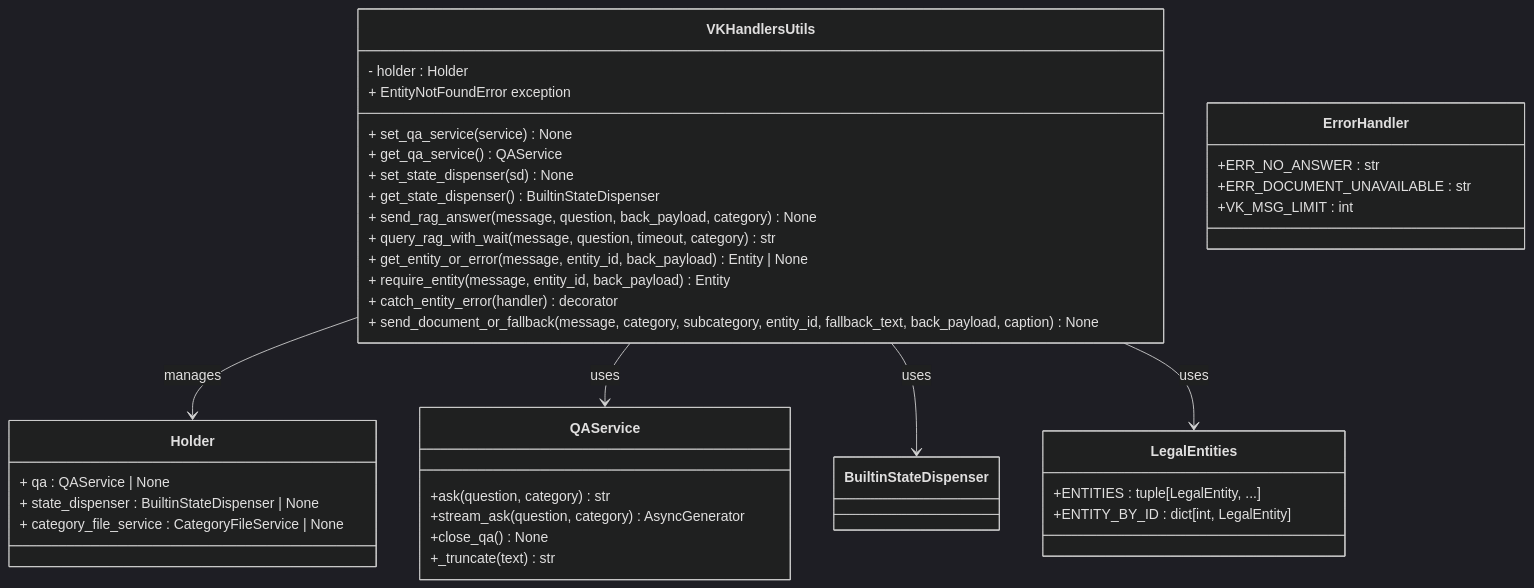
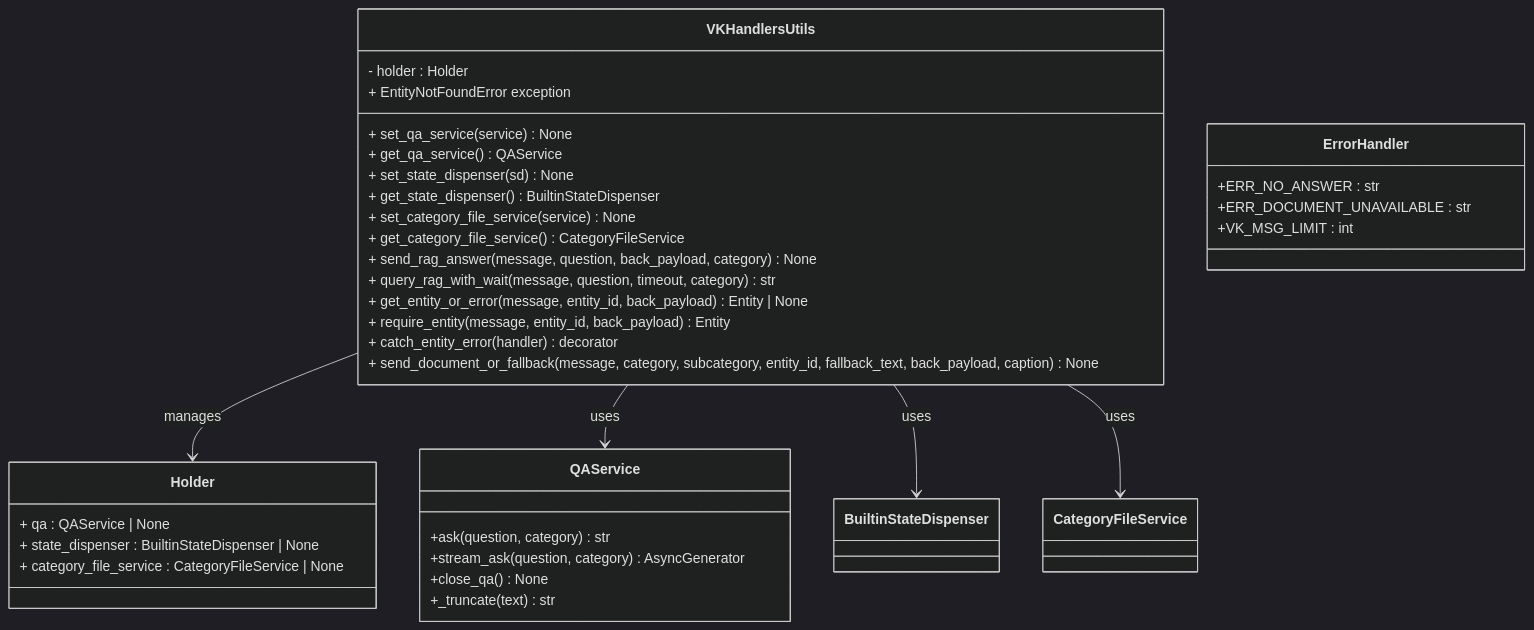
One commit to ognelis/cafetera_hr_bot changed the fourth of 29 diagrams in .qoder/repowiki/en/content/VK Integration/VK Integration.md. Above: the diagram before and after it, drawn with Mermaid (dark theme). The commit also changed other lines of this file and 139 other files, not shown here.

````diff
--- a/.qoder/repowiki/en/content/VK Integration/VK Integration.md
+++ b/.qoder/repowiki/en/content/VK Integration/VK Integration.md
@@ -426,41 +418,39 @@
 ```mermaid
 classDiagram
 class VKHandlersUtils {
 - holder : Holder
 + set_qa_service(service) None
 + get_qa_service() QAService
 + set_state_dispenser(sd) None
 + get_state_dispenser() BuiltinStateDispenser
++ set_category_file_service(service) None
++ get_category_file_service() CategoryFileService
 + send_rag_answer(message, question, back_payload, category) None
 + query_rag_with_wait(message, question, timeout, category) str
 + get_entity_or_error(message, entity_id, back_payload) Entity | None
 + require_entity(message, entity_id, back_payload) Entity
 + catch_entity_error(handler) decorator
 + EntityNotFoundError exception
 + send_document_or_fallback(message, category, subcategory, entity_id, fallback_text, back_payload, caption) None
 }
 class Holder {
 + qa : QAService | None
 + state_dispenser : BuiltinStateDispenser | None
 + category_file_service : CategoryFileService | None
 }
 class QAService {
 +ask(question, category) str
 +stream_ask(question, category) AsyncGenerator
 +close_qa() None
 +_truncate(text) str
 }
 class ErrorHandler {
 +ERR_NO_ANSWER : str
 +ERR_DOCUMENT_UNAVAILABLE : str
 +VK_MSG_LIMIT : int
 }
-class LegalEntities {
-+ENTITIES : tuple[LegalEntity, ...]
-+ENTITY_BY_ID : dict[int, LegalEntity]
-}
 VKHandlersUtils --> Holder : manages
 VKHandlersUtils --> QAService : uses
 VKHandlersUtils --> BuiltinStateDispenser : uses
-VKHandlersUtils --> LegalEntities : uses
+VKHandlersUtils --> CategoryFileService : uses
 ```
````
